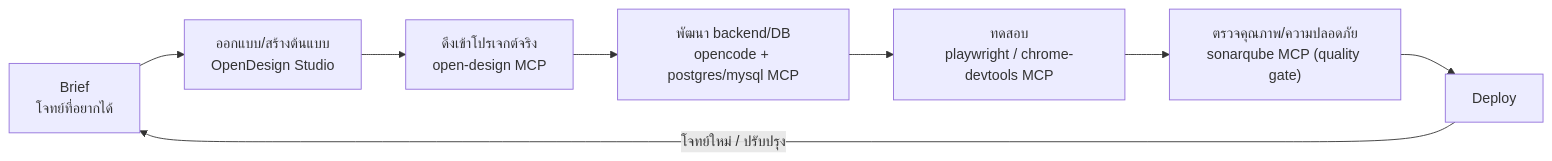
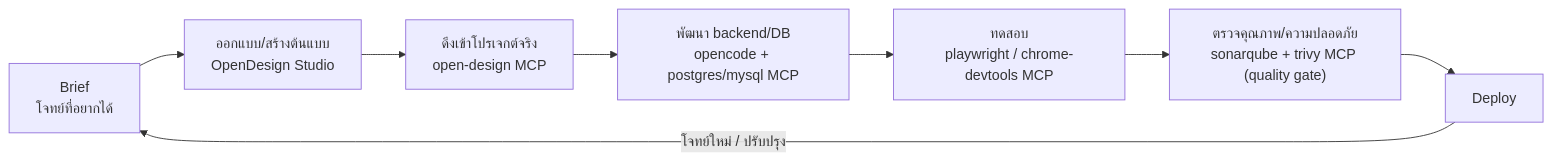
The second of 3 diagrams in USER-MANUAL.md (adcident12/my-manual-opencode), drawn with Mermaid before and after one commit. The commit also changed other lines of this file and 4 other files, not shown here.

First line of the commit message:
Add trivy MCP server (standalone CLI, no server needed)

````diff
--- a/USER-MANUAL.md
+++ b/USER-MANUAL.md
@@ -48,10 +48,10 @@
 ```mermaid
 graph LR
     A["Brief<br/>โจทย์ที่อยากได้"] --> B["ออกแบบ/สร้างต้นแบบ<br/>OpenDesign Studio"]
     B --> C["ดึงเข้าโปรเจกต์จริง<br/>open-design MCP"]
     C --> D["พัฒนา backend/DB<br/>opencode + postgres/mysql MCP"]
     D --> E["ทดสอบ<br/>playwright / chrome-devtools MCP"]
-    E --> Q["ตรวจคุณภาพ/ความปลอดภัย<br/>sonarqube MCP (quality gate)"]
+    E --> Q["ตรวจคุณภาพ/ความปลอดภัย<br/>sonarqube + trivy MCP (quality gate)"]
     Q --> F["Deploy"]
     F -->|โจทย์ใหม่ / ปรับปรุง| A
 ```
````
